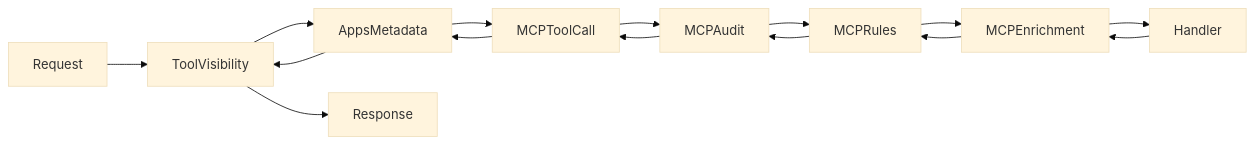
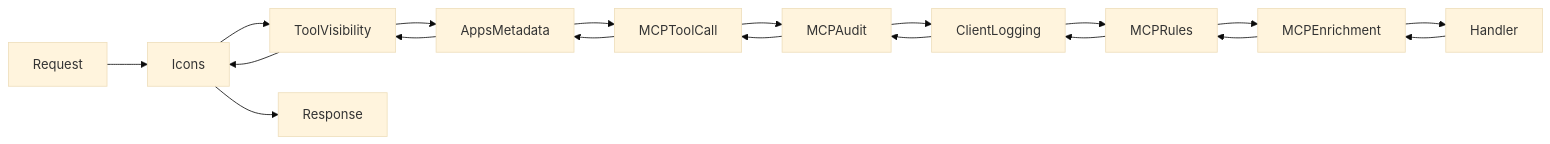
The diagram in docs/reference/middleware.md (txn2/mcp-data-platform), drawn with Mermaid (base theme) before and after one commit. The commit also changed other lines of this file and 28 other files, not shown here.

First line of the commit message:
feat: add elicitation, icons, client logging, progress, and docs

````diff
--- a/docs/reference/middleware.md
+++ b/docs/reference/middleware.md
@@ -7,17 +7,21 @@
 ```mermaid
 graph LR
-    Request --> ToolVisibility
+    Request --> Icons
+    Icons --> ToolVisibility
     ToolVisibility --> AppsMetadata
     AppsMetadata --> MCPToolCall
     MCPToolCall --> MCPAudit
-    MCPAudit --> MCPRules
+    MCPAudit --> ClientLogging
+    ClientLogging --> MCPRules
     MCPRules --> MCPEnrichment
     MCPEnrichment --> Handler
     Handler --> MCPEnrichment
     MCPEnrichment --> MCPRules
-    MCPRules --> MCPAudit
+    MCPRules --> ClientLogging
+    ClientLogging --> MCPAudit
     MCPAudit --> MCPToolCall
     MCPToolCall --> AppsMetadata
     AppsMetadata --> ToolVisibility
-    ToolVisibility --> Response
+    ToolVisibility --> Icons
+    Icons --> Response
 ```
````
